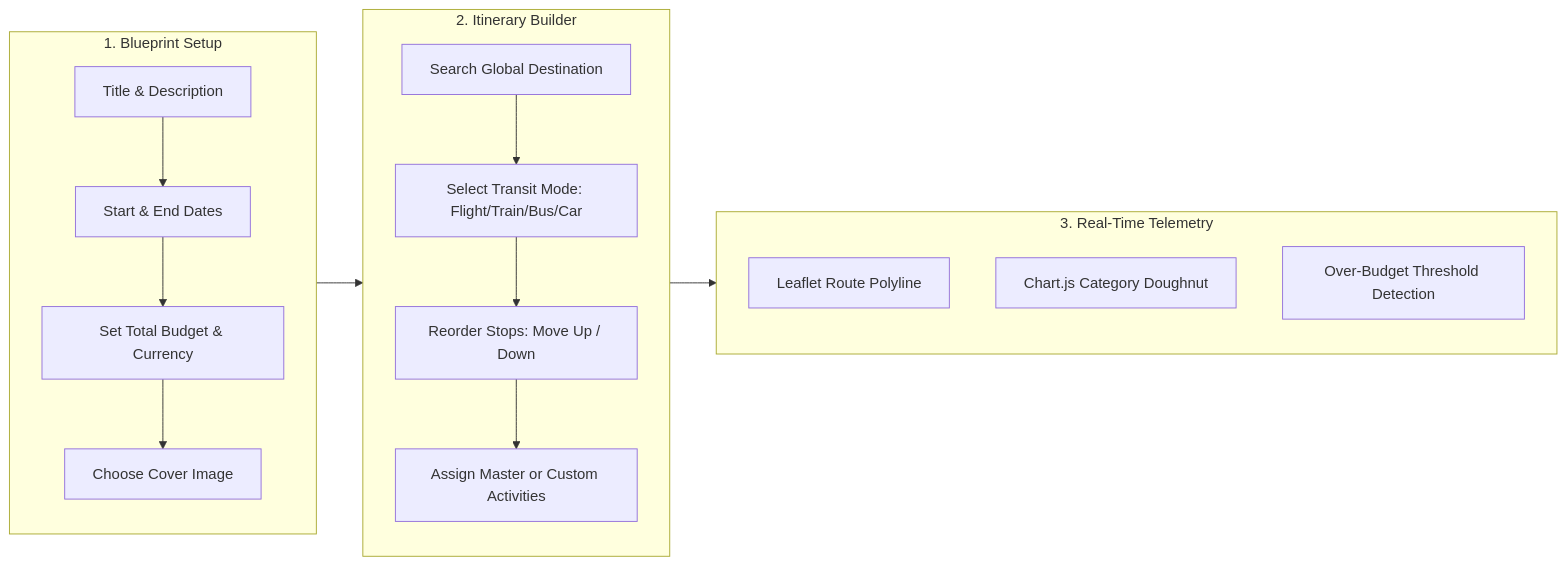
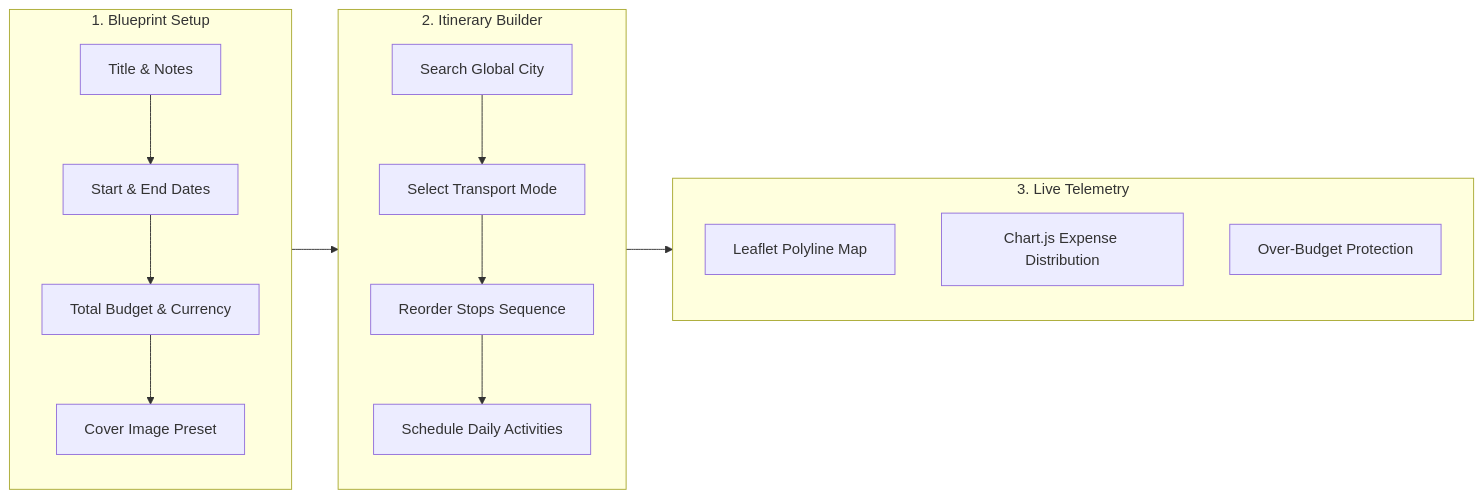
Before and after one commit to anandK-S/GlobeTrotter: the second of 4 diagrams in README.md, drawn with Mermaid. The commit also changed other lines of this file, not shown here.

Commit message:
docs: fix Mermaid syntax for 100% GitHub rendering, add requirements alignment matrix and relational schema tables

````diff
--- a/README.md
+++ b/README.md
@@ -97,23 +91,23 @@
 ```mermaid
 flowchart LR
-    subgraph Step1["1. Blueprint Setup"]
-        A[Title & Description] --> B[Start & End Dates]
-        B --> C[Set Total Budget & Currency]
-        C --> D[Choose Cover Image]
+    subgraph Phase1["1. Blueprint Setup"]
+        A["Title & Notes"] --> B["Start & End Dates"]
+        B --> C["Total Budget & Currency"]
+        C --> D["Cover Image Preset"]
     end
 
-    subgraph Step2["2. Itinerary Builder"]
-        E[Search Global Destination] --> F[Select Transit Mode: Flight/Train/Bus/Car]
-        F --> G[Reorder Stops: Move Up / Down]
-        G --> H[Assign Master or Custom Activities]
+    subgraph Phase2["2. Itinerary Builder"]
+        E["Search Global City"] --> F["Select Transport Mode"]
+        F --> G["Reorder Stops Sequence"]
+        G --> H["Schedule Daily Activities"]
     end
 
-    subgraph Step3["3. Real-Time Telemetry"]
-        I[Leaflet Route Polyline]
-        J[Chart.js Category Doughnut]
-        K[Over-Budget Threshold Detection]
+    subgraph Phase3["3. Live Telemetry"]
+        I["Leaflet Polyline Map"]
+        J["Chart.js Expense Distribution"]
+        K["Over-Budget Protection"]
     end
 
-    Step1 --> Step2
-    Step2 --> Step3
+    Phase1 --> Phase2
+    Phase2 --> Phase3
 ```
````
